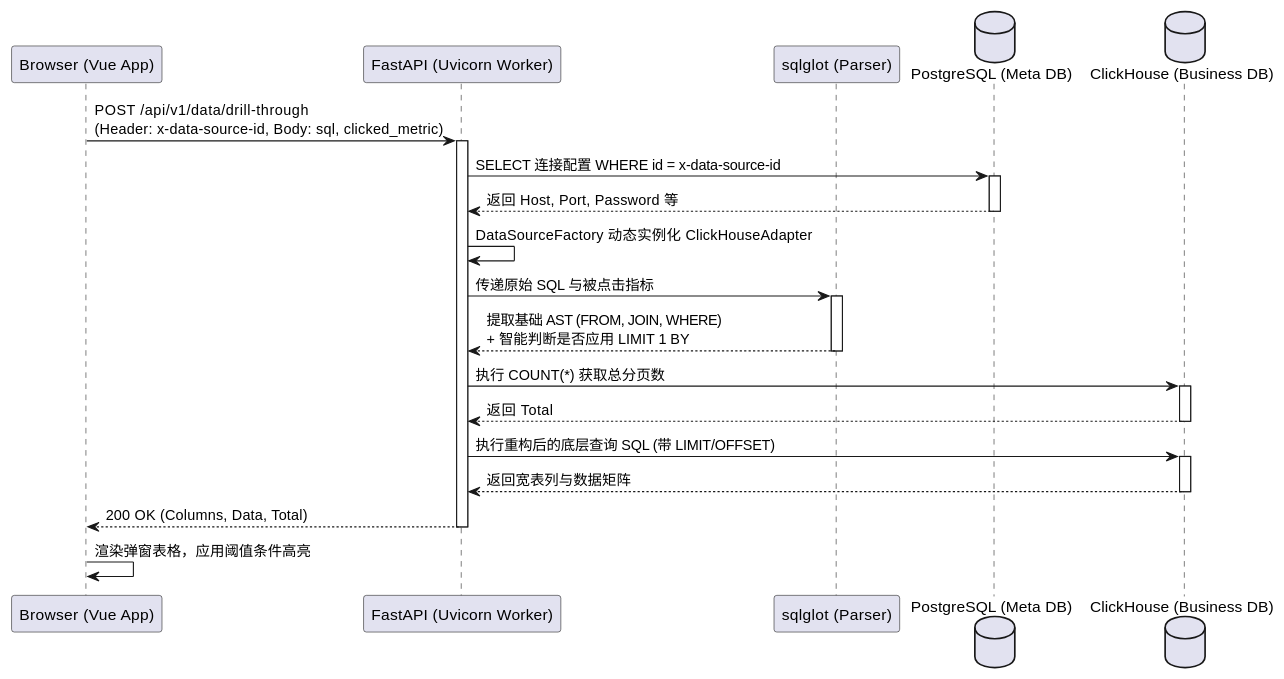
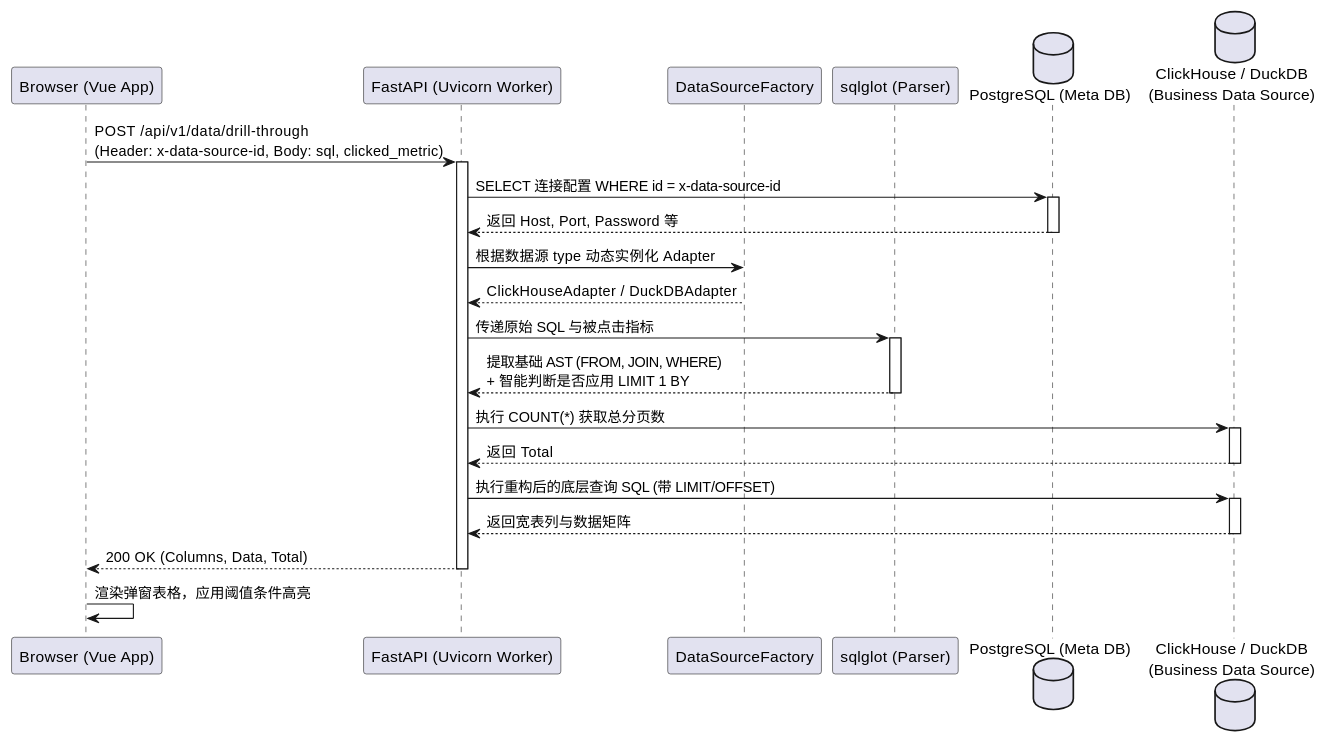
The third of 5 diagrams in 4_plus_1_views.md (Percy-m/data_search), drawn with PlantUML before and after one commit. The commit also changed other lines of this file and 6 other files, not shown here.

````diff
--- a/4_plus_1_views.md
+++ b/4_plus_1_views.md
@@ -118,39 +118,41 @@
 ```plantuml
 @startuml
 participant "Browser (Vue App)" as Vue
 participant "FastAPI (Uvicorn Worker)" as FastAPI
+participant "DataSourceFactory" as Factory
 participant "sqlglot (Parser)" as Parser
 database "PostgreSQL (Meta DB)" as Postgres
-database "ClickHouse (Business DB)" as ClickHouse
+database "ClickHouse / DuckDB\n(Business Data Source)" as BusinessDB
 
 Vue -> FastAPI : POST /api/v1/data/drill-through \n(Header: x-data-source-id, Body: sql, clicked_metric)
 activate FastAPI
 
 FastAPI -> Postgres : SELECT 连接配置 WHERE id = x-data-source-id
 activate Postgres
 Postgres --> FastAPI : 返回 Host, Port, Password 等
 deactivate Postgres
 
-FastAPI -> FastAPI : DataSourceFactory 动态实例化 ClickHouseAdapter
+FastAPI -> Factory : 根据数据源 type 动态实例化 Adapter
+Factory --> FastAPI : ClickHouseAdapter / DuckDBAdapter
 
 FastAPI -> Parser : 传递原始 SQL 与被点击指标
 activate Parser
 Parser --> FastAPI : 提取基础 AST (FROM, JOIN, WHERE) \n+ 智能判断是否应用 LIMIT 1 BY
 deactivate Parser
 
-FastAPI -> ClickHouse : 执行 COUNT(*) 获取总分页数
-activate ClickHouse
-ClickHouse --> FastAPI : 返回 Total
-deactivate ClickHouse
+FastAPI -> BusinessDB : 执行 COUNT(*) 获取总分页数
+activate BusinessDB
+BusinessDB --> FastAPI : 返回 Total
+deactivate BusinessDB
 
-FastAPI -> ClickHouse : 执行重构后的底层查询 SQL (带 LIMIT/OFFSET)
-activate ClickHouse
-ClickHouse --> FastAPI : 返回宽表列与数据矩阵
-deactivate ClickHouse
+FastAPI -> BusinessDB : 执行重构后的底层查询 SQL (带 LIMIT/OFFSET)
+activate BusinessDB
+BusinessDB --> FastAPI : 返回宽表列与数据矩阵
+deactivate BusinessDB
 
 FastAPI --> Vue : 200 OK (Columns, Data, Total)
 deactivate FastAPI
 
 Vue -> Vue : 渲染弹窗表格，应用阈值条件高亮
 @enduml
 ```
````
